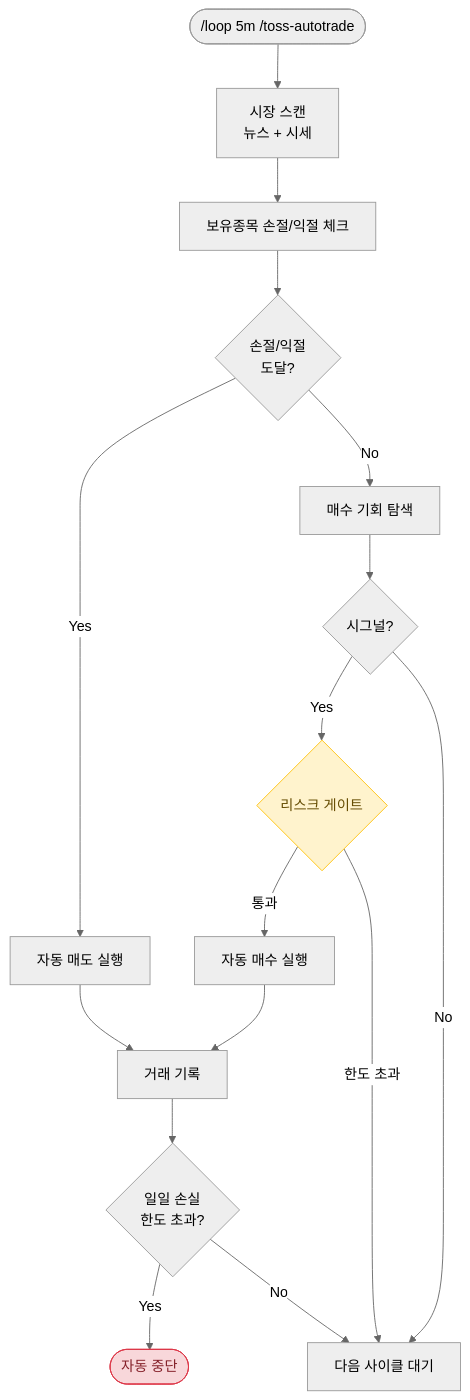
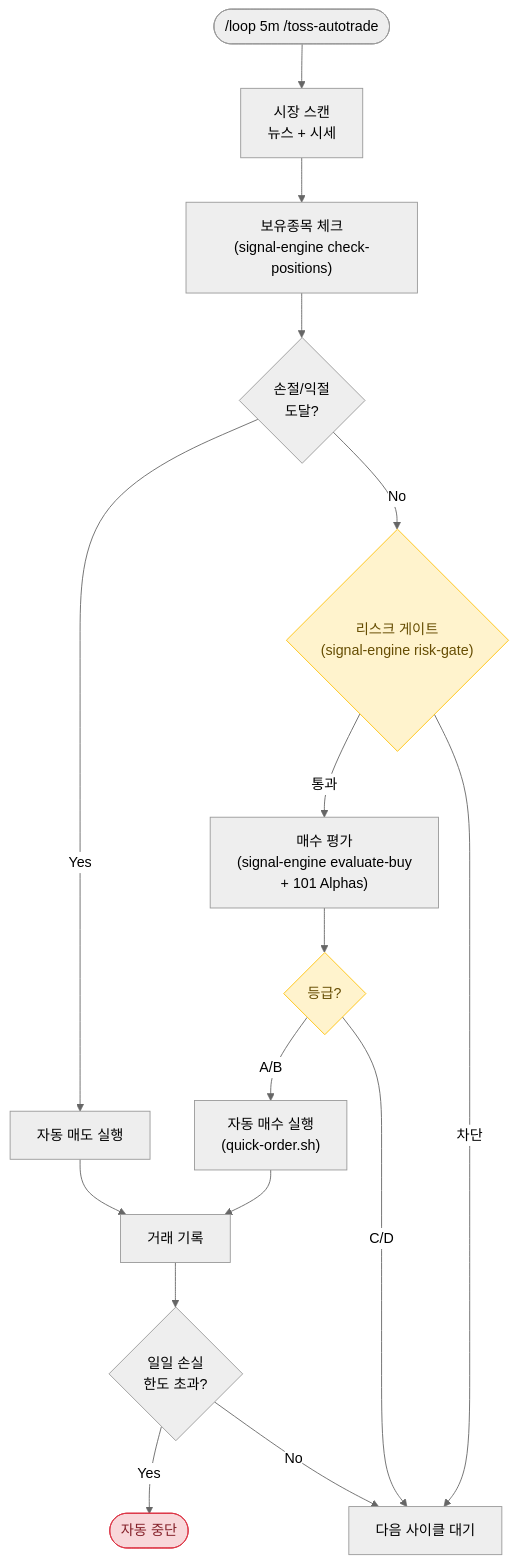
One commit to Aiden-Kwak/toss-trading-system changed the third of 4 diagrams in README.md. Above: the diagram before and after it, drawn with Mermaid (neutral theme). The commit also changed other lines of this file, not shown here.

First line of the commit message:
Update README with signal engine, alphas, guardrail docs

````diff
--- a/README.md
+++ b/README.md
@@ -137,21 +191,22 @@
 ```mermaid
 flowchart TD
     START(["/loop 5m /toss-autotrade"]) --> SCAN["시장 스캔\n뉴스 + 시세"]
-    SCAN --> CHECK["보유종목 손절/익절 체크"]
+    SCAN --> CHECK["보유종목 체크\n(signal-engine check-positions)"]
     CHECK --> SL{"손절/익절\n도달?"}
     SL -- Yes --> AUTO_SELL["자동 매도 실행"]
-    SL -- No --> OPPORTUNITY["매수 기회 탐색"]
-    OPPORTUNITY --> SIGNAL{"시그널?"}
-    SIGNAL -- No --> WAIT["다음 사이클 대기"]
-    SIGNAL -- Yes --> GATE{"리스크 게이트"}
-    GATE -- "한도 초과" --> WAIT
-    GATE -- "통과" --> AUTO_BUY["자동 매수 실행"]
+    SL -- No --> RGATE{"리스크 게이트\n(signal-engine risk-gate)"}
+    RGATE -- "차단" --> WAIT["다음 사이클 대기"]
+    RGATE -- "통과" --> EVAL["매수 평가\n(signal-engine evaluate-buy\n+ 101 Alphas)"]
+    EVAL --> GRADE{"등급?"}
+    GRADE -- "A/B" --> AUTO_BUY["자동 매수 실행\n(quick-order.sh)"]
+    GRADE -- "C/D" --> WAIT
     AUTO_BUY --> LOG["거래 기록"]
     AUTO_SELL --> LOG
     LOG --> DAILY{"일일 손실\n한도 초과?"}
     DAILY -- Yes --> HALT(["자동 중단"])
     DAILY -- No --> WAIT
 
     style HALT fill:#f8d7da,stroke:#dc3545,color:#842029
-    style GATE fill:#fff3cd,stroke:#ffc107,color:#664d03
+    style RGATE fill:#fff3cd,stroke:#ffc107,color:#664d03
+    style GRADE fill:#fff3cd,stroke:#ffc107,color:#664d03
 ```
````
